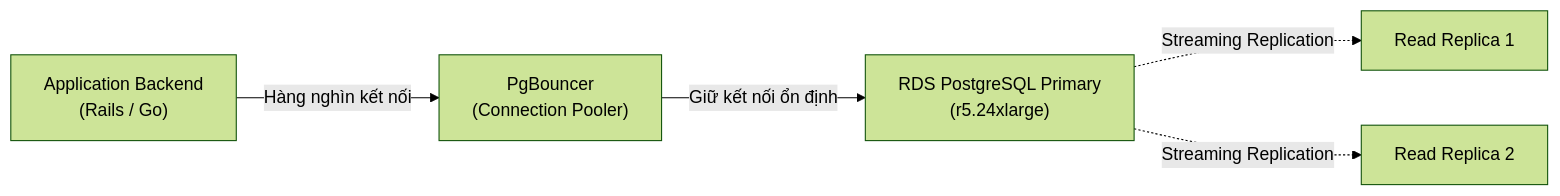
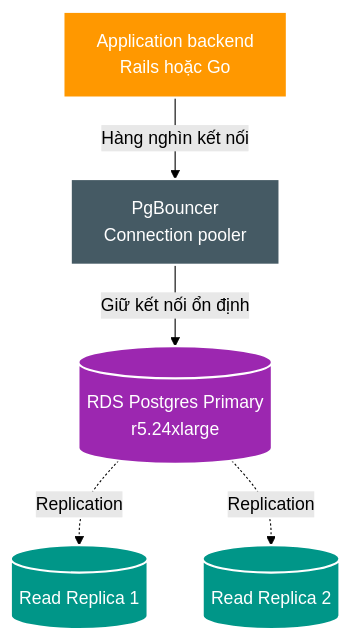
Before and after one commit to HungPhan200591/file-mngt-be-v2: the first of 3 diagrams in manual/references/system-design/distributed-databases/figma-scaled-postgresql/raw/article.vi.md, drawn with Mermaid (forest theme). The commit also changed other lines of this file and 4 other files, not shown here.

Commit message:
fix(references): apply mermaid-styling guardrails to system design reference diagrams

````diff
--- a/manual/references/system-design/distributed-databases/figma-scaled-postgresql/raw/article.vi.md
+++ b/manual/references/system-design/distributed-databases/figma-scaled-postgresql/raw/article.vi.md
@@ -22,7 +22,13 @@
 ```mermaid
-flowchart LR
-    App["Application Backend<br>(Rails / Go)"] -->|Hàng nghìn kết nối| PgBouncer["PgBouncer<br>(Connection Pooler)"]
-    PgBouncer -->|Giữ kết nối ổn định| RDSPrimary["RDS PostgreSQL Primary<br>(r5.24xlarge)"]
-    RDSPrimary -.->|Streaming Replication| ReadReplica1["Read Replica 1"]
-    RDSPrimary -.->|Streaming Replication| ReadReplica2["Read Replica 2"]
+flowchart TB
+    APP["Application backend<br/>Rails hoặc Go"] -->|"Hàng nghìn kết nối"| POOL["PgBouncer<br/>Connection pooler"]
+    POOL -->|"Giữ kết nối ổn định"| PRI[("RDS Postgres Primary<br/>r5.24xlarge")]
+    PRI -.->|"Replication"| R1[("Read Replica 1")]
+    PRI -.->|"Replication"| R2[("Read Replica 2")]
+
+    style APP fill:#FF9800,stroke:#fff,stroke-width:2px,color:#fff
+    style POOL fill:#455A64,stroke:#fff,stroke-width:2px,color:#fff
+    style PRI fill:#9C27B0,stroke:#fff,stroke-width:2px,color:#fff
+    style R1 fill:#009688,stroke:#fff,stroke-width:2px,color:#fff
+    style R2 fill:#009688,stroke:#fff,stroke-width:2px,color:#fff
 ```
````
